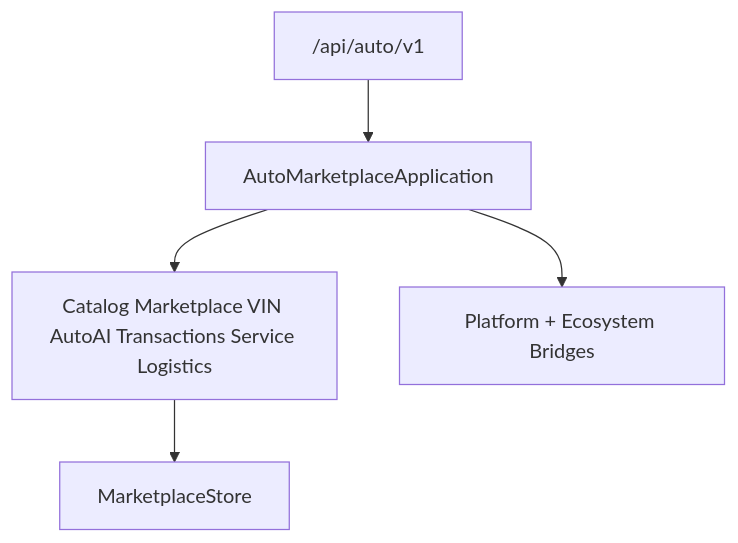
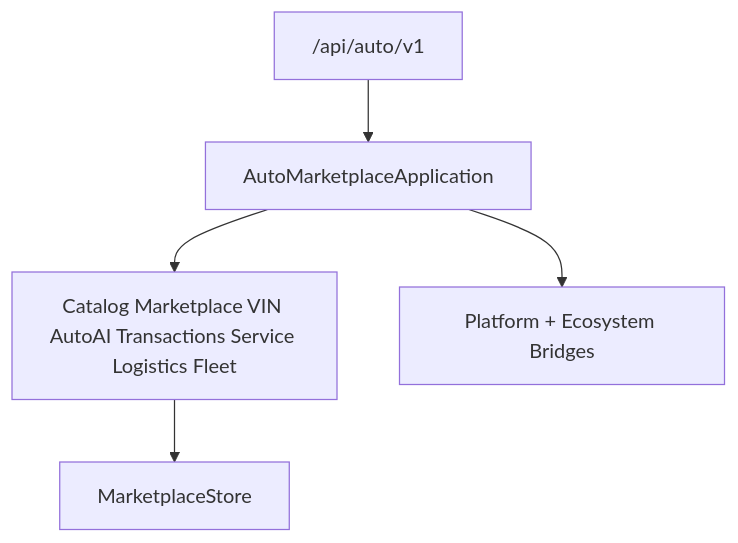
One commit to okeysiri11/telegram-ai-crm-bot changed the diagram in docs/AUTO_MARKETPLACE.md. Above: the diagram before and after it, drawn with Mermaid. The commit also changed other lines of this file and 53 other files, not shown here.

````diff
--- a/docs/AUTO_MARKETPLACE.md
+++ b/docs/AUTO_MARKETPLACE.md
@@ -20,10 +20,10 @@
 ```mermaid
 flowchart TB
     API["/api/auto/v1"]
     App[AutoMarketplaceApplication]
-    Domains[Catalog Marketplace VIN AutoAI Transactions Service Logistics]
+    Domains[Catalog Marketplace VIN AutoAI Transactions Service Logistics Fleet]
     Bridges[Platform + Ecosystem Bridges]
     Store[MarketplaceStore]
     API --> App --> Domains --> Store
     App --> Bridges
 ```
````
